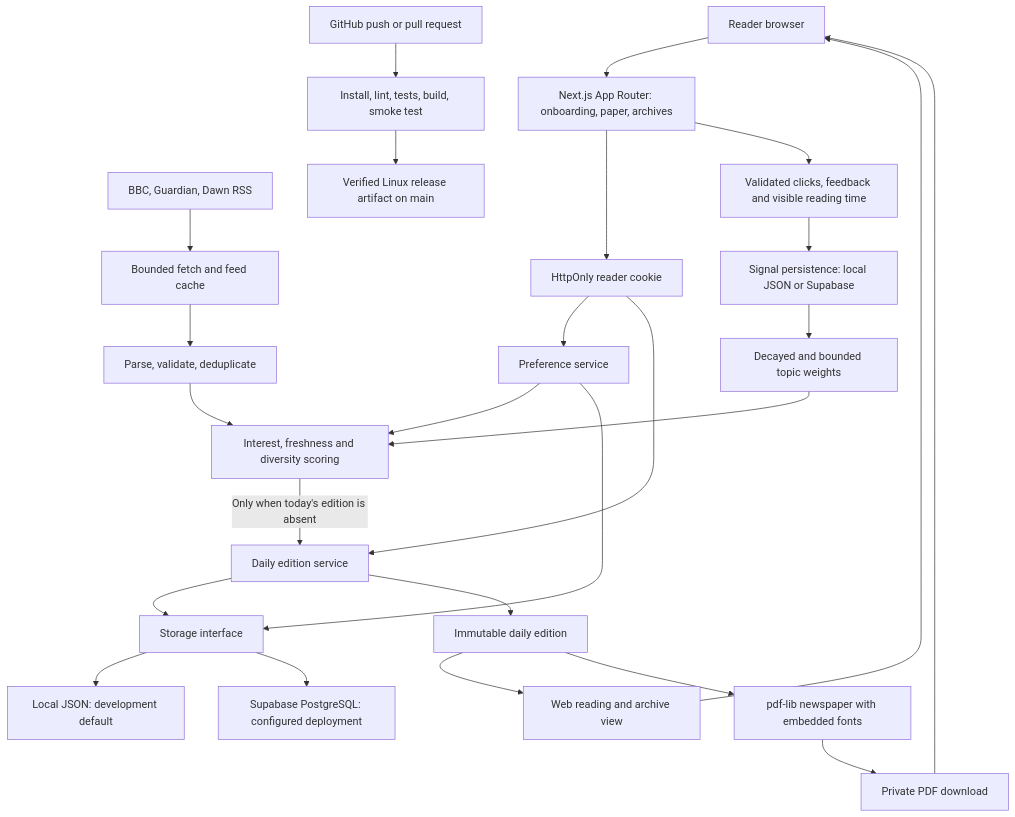
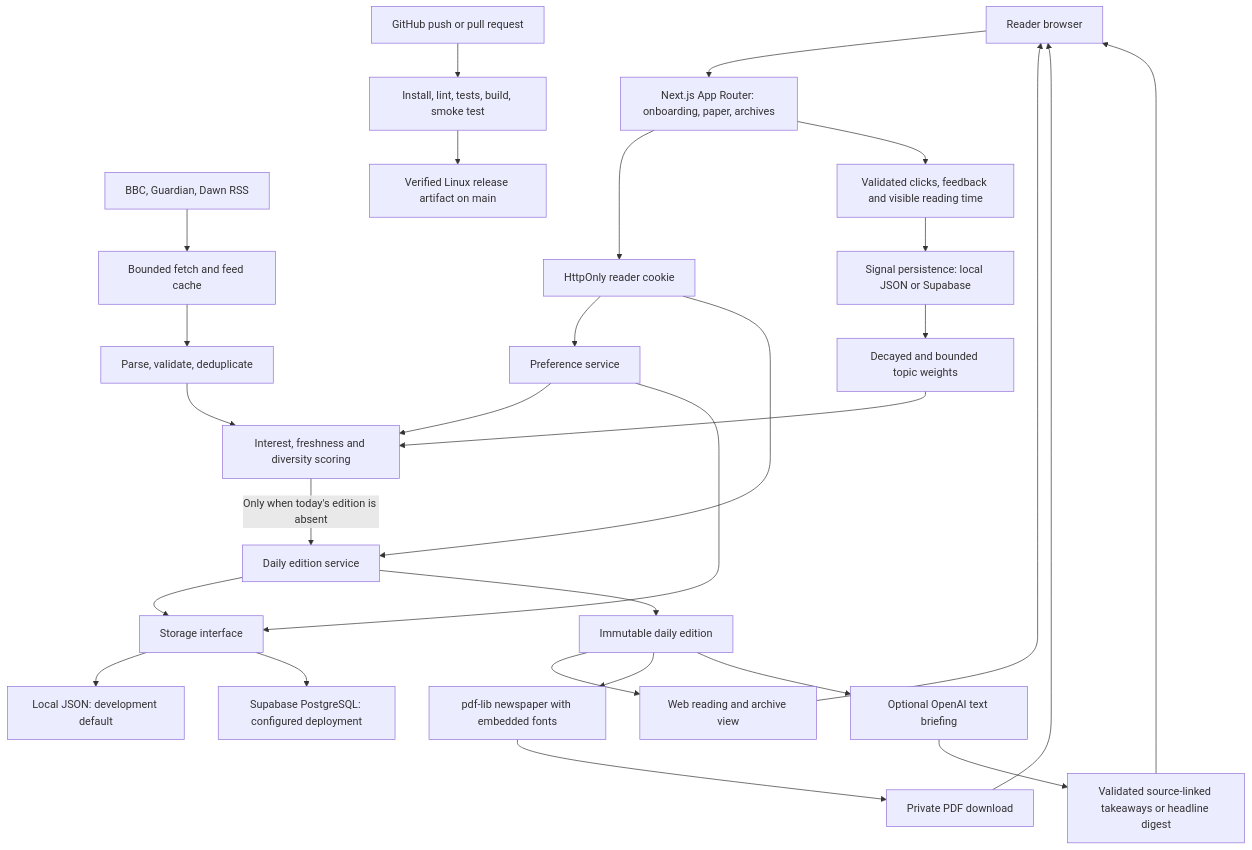
One commit to malikmahdi-sudo/AIhackathon1920 changed the diagram in docs/architecture.md. Above: the diagram before and after it, drawn with Mermaid. The commit also changed other lines of this file and 14 other files, not shown here.

````diff
--- a/docs/architecture.md
+++ b/docs/architecture.md
@@ -7,28 +7,31 @@
 ```mermaid
 flowchart TD
   Reader[Reader browser] --> UI[Next.js App Router: onboarding, paper, archives]
   UI --> Identity[HttpOnly reader cookie]
   Identity --> Preferences[Preference service]
   Identity --> Editions[Daily edition service]
   Publishers[BBC, Guardian, Dawn RSS] --> Fetch[Bounded fetch and feed cache]
   Fetch --> Normalize[Parse, validate, deduplicate]
   Normalize --> Rank[Interest, freshness and diversity scoring]
   Preferences --> Rank
   UI --> Signals[Validated clicks, feedback and visible reading time]
   Signals --> SignalStore[Signal persistence: local JSON or Supabase]
   SignalStore --> Learning[Decayed and bounded topic weights]
   Learning --> Rank
   Rank -->|Only when today's edition is absent| Editions
   Editions --> Storage[Storage interface]
   Preferences --> Storage
   Storage --> Local[Local JSON: development default]
   Storage --> Cloud[Supabase PostgreSQL: configured deployment]
   Editions --> Snapshot[Immutable daily edition]
   Snapshot --> Reading[Web reading and archive view]
   Snapshot --> PDF[pdf-lib newspaper with embedded fonts]
   Reading --> Reader
   PDF --> Download[Private PDF download]
   Download --> Reader
   Git[GitHub push or pull request] --> CI[Install, lint, tests, build, smoke test]
   CI --> Artifact[Verified Linux release artifact on main]
+  Snapshot --> Briefing[Optional OpenAI text briefing]
+  Briefing --> Fallback[Validated source-linked takeaways or headline digest]
+  Fallback --> Reader
 ```
````
